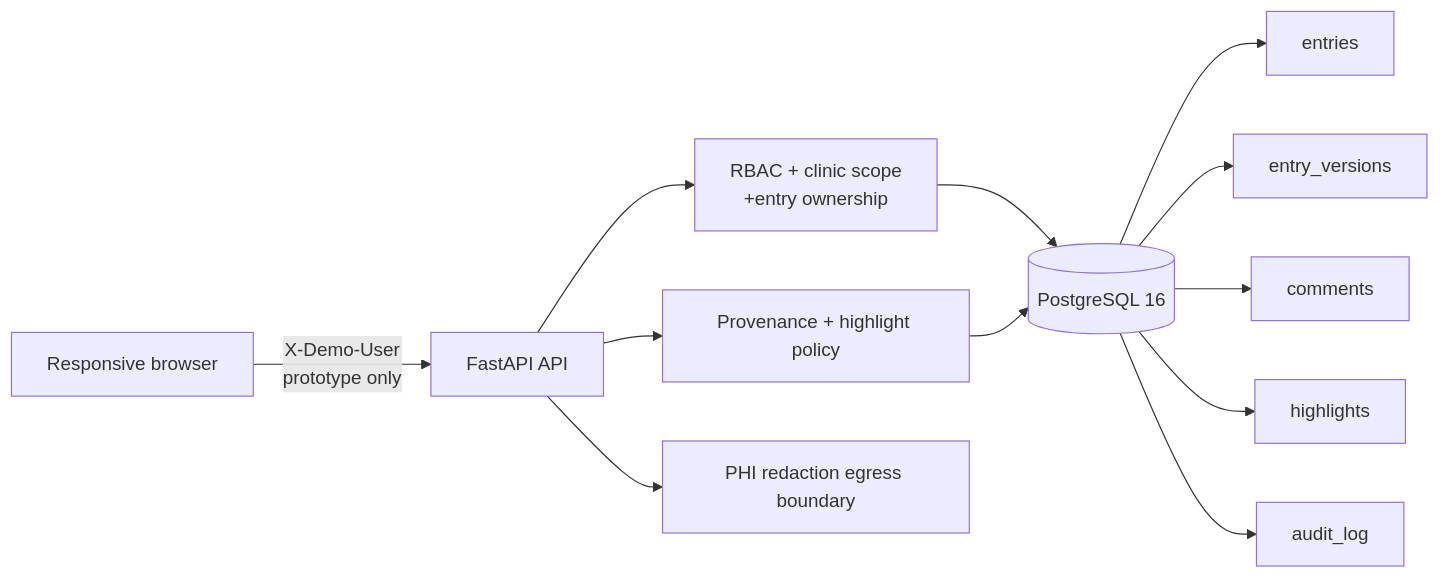
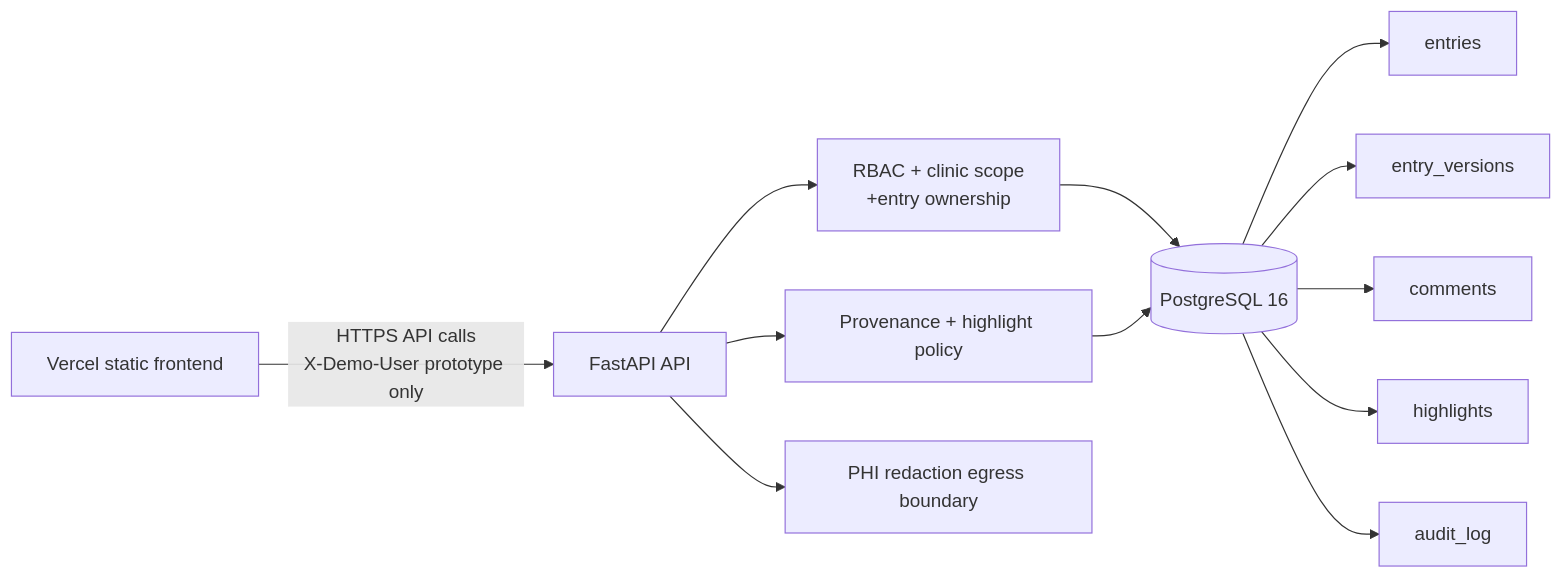
One commit to ACCLE123/CareTrace changed the first of 2 diagrams in docs/TECHNICAL_BRIEF.md. Above: the diagram before and after it, drawn with Mermaid. The commit also changed other lines of this file and 10 other files, not shown here.

Commit message:
Separate Vercel frontend from API

````diff
--- a/docs/TECHNICAL_BRIEF.md
+++ b/docs/TECHNICAL_BRIEF.md
@@ -18,14 +18,14 @@
 ```mermaid
 flowchart LR
-  B[Responsive browser] -->|X-Demo-User\nprototype only| A[FastAPI API]
+  B[Vercel static frontend] -->|HTTPS API calls\nX-Demo-User prototype only| A[FastAPI API]
   A --> R[RBAC + clinic scope\n+entry ownership]
   A --> P[Provenance + highlight policy]
   A --> X[PHI redaction egress boundary]
   R --> DB[(PostgreSQL 16)]
   P --> DB
   DB --> E[entries]
   DB --> V[entry_versions]
   DB --> C[comments]
   DB --> H[highlights]
   DB --> L[audit_log]
 ```
````
